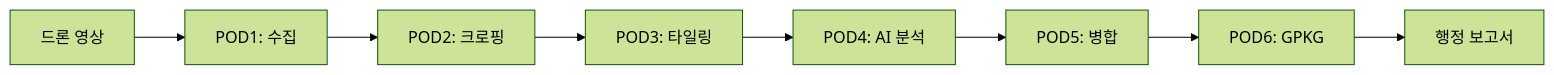
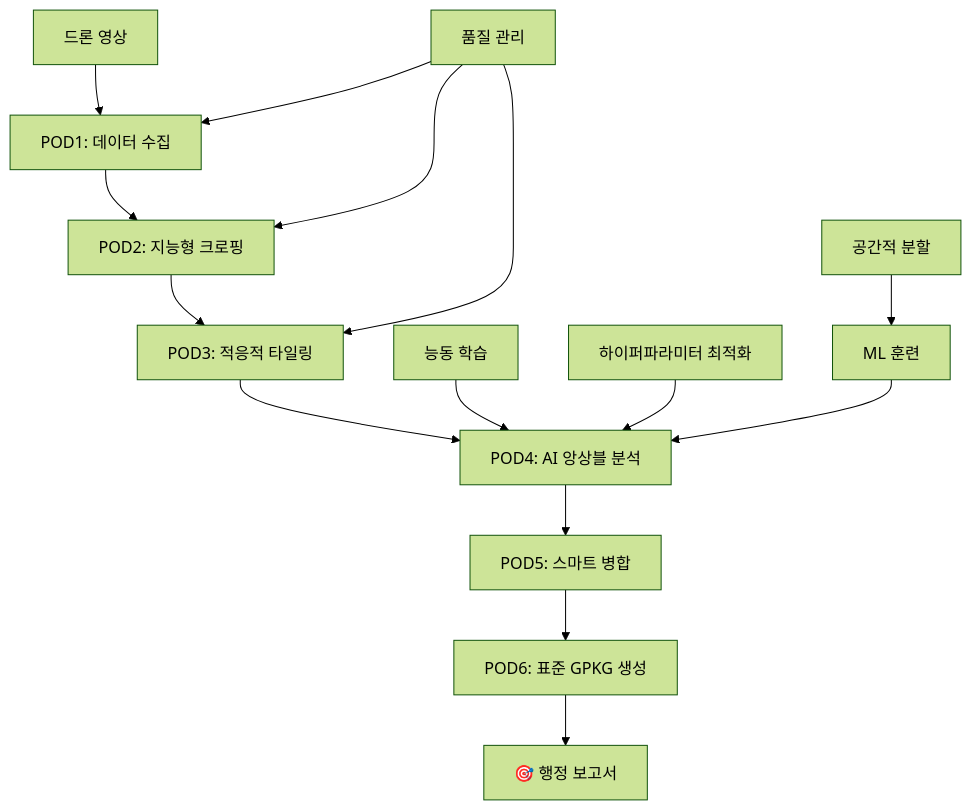
Before and after one commit to choikyeongjun/Nong-View: the first of 2 diagrams in README.md, drawn with Mermaid (forest theme). The commit also changed other lines of this file and 3 other files, not shown here.

````diff
--- a/README.md
+++ b/README.md
@@ -60,10 +99,19 @@
 ```mermaid
-graph LR
-    A[드론 영상] --> B[POD1: 수집]
-    B --> C[POD2: 크로핑]
-    C --> D[POD3: 타일링]
-    D --> E[POD4: AI 분석]
-    E --> F[POD5: 병합]
-    F --> G[POD6: GPKG]
-    G --> H[행정 보고서]
+graph TB
+    A[드론 영상] --> B[POD1: 데이터 수집]
+    B --> C[POD2: 지능형 크로핑]
+    C --> D[POD3: 적응적 타일링]
+    D --> E[POD4: AI 앙상블 분석]
+    E --> F[POD5: 스마트 병합]
+    F --> G[POD6: 표준 GPKG 생성]
+    G --> H[🎯 행정 보고서]
+    
+    I[품질 관리] --> B
+    I --> C
+    I --> D
+    
+    J[능동 학습] --> E
+    K[하이퍼파라미터 최적화] --> E
+    L[공간적 분할] --> M[ML 훈련]
+    M --> E
 ```
````
